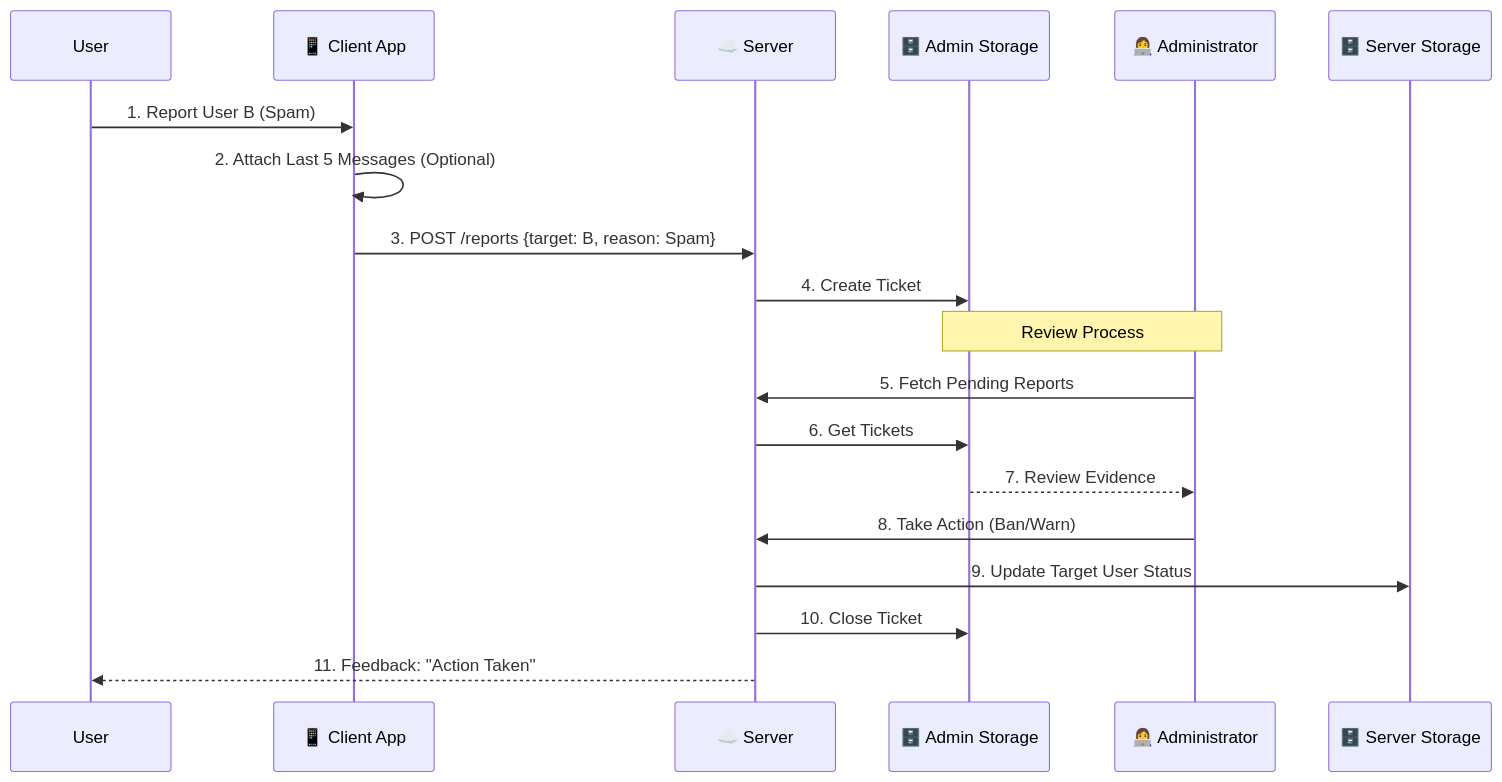
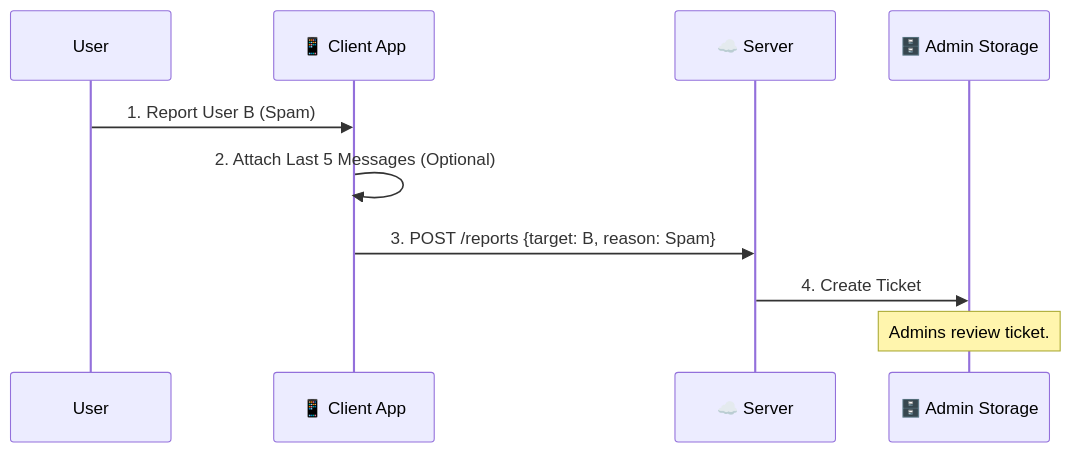
One commit to pingappduniya-oss/Ping-App-Complete-Use-Case-Flows-Technical-Deep-Dive- changed diagram 12 of 18 in CompleteUseCaseFlows.md. Above: the diagram before and after it, drawn with Mermaid. The commit also changed other lines of this file, not shown here.

````diff
--- a/CompleteUseCaseFlows.md
+++ b/CompleteUseCaseFlows.md
@@ -275,24 +321,13 @@
 ```mermaid
 sequenceDiagram
     participant User
     participant App as 📱 Client App
     participant Server as ☁️ Server
     participant AS as 🗄️ Admin Storage
-    participant Admin as 👩‍💻 Administrator
-    participant SS as 🗄️ Server Storage
 
     User->>App: 1. Report User B (Spam)
     App->>App: 2. Attach Last 5 Messages (Optional)
     App->>Server: 3. POST /reports {target: B, reason: Spam}
     Server->>AS: 4. Create Ticket
-    
-    Note over Admin, AS: Review Process
-    Admin->>Server: 5. Fetch Pending Reports
-    Server->>AS: 6. Get Tickets
-    AS-->>Admin: 7. Review Evidence
-    
-    Admin->>Server: 8. Take Action (Ban/Warn)
-    Server->>SS: 9. Update Target User Status
-    Server->>AS: 10. Close Ticket
-    Server-->>User: 11. Feedback: "Action Taken"
+    Note over AS: Admins review ticket.
 ```
````
